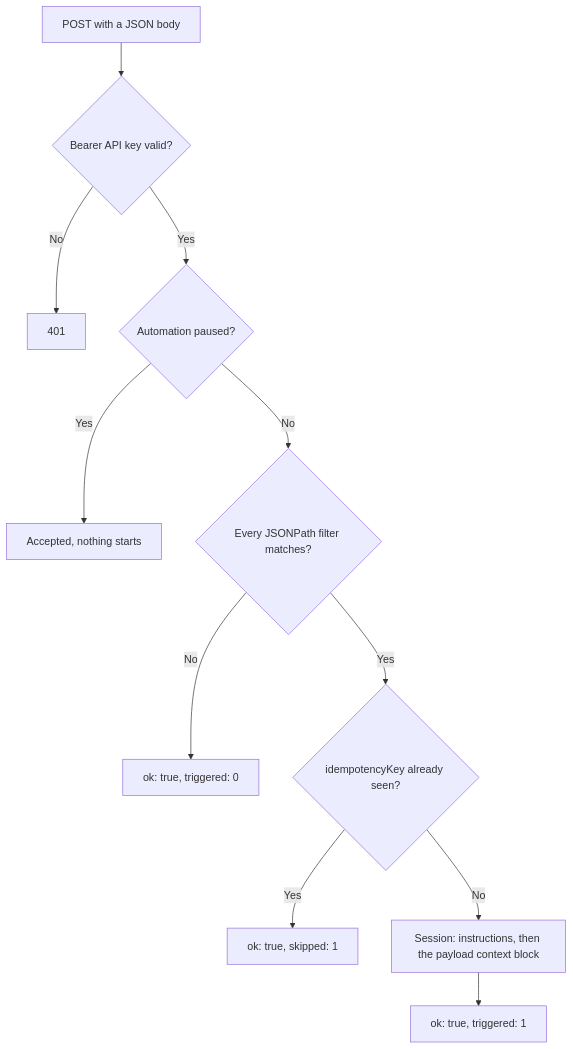
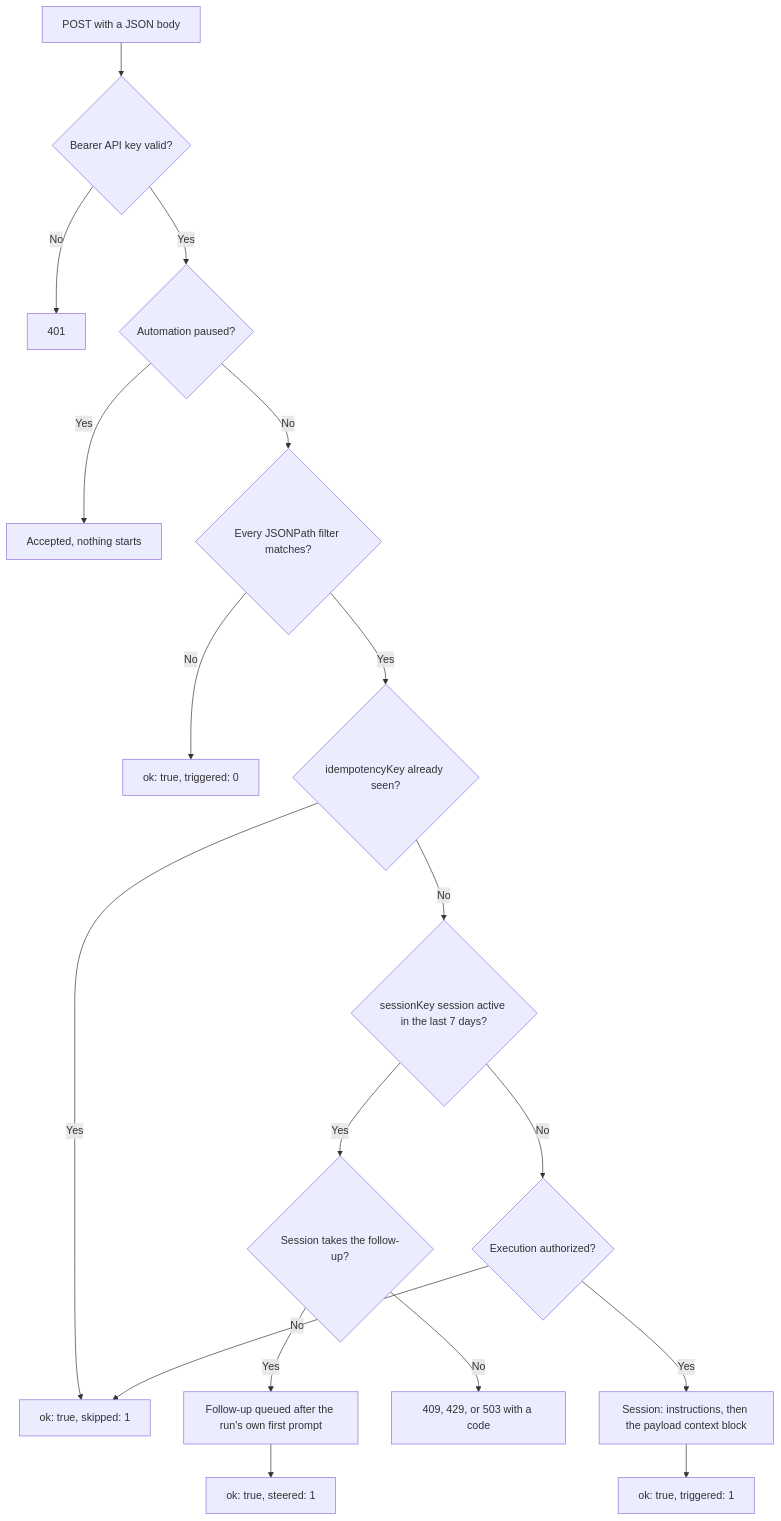
The diagram in packages/docs/content/docs/automations/inbound-webhooks.mdx (LarsBuur/background-agents), drawn with Mermaid before and after one commit. The commit also changed other lines of this file and 1965 other files, not shown here.

````diff
--- a/packages/docs/content/docs/automations/inbound-webhooks.mdx
+++ b/packages/docs/content/docs/automations/inbound-webhooks.mdx
@@ -29,14 +30,21 @@
 ```mermaid
 flowchart TB
     accTitle: How an inbound webhook request is authenticated, filtered, and turned into a run
     post["POST with a JSON body"] --> auth{"Bearer API key valid?"}
     auth -->|No| unauthorized["401"]
     auth -->|Yes| paused{"Automation paused?"}
     paused -->|Yes| nothing["Accepted, nothing starts"]
     paused -->|No| filters{"Every JSONPath filter matches?"}
     filters -->|No| none["ok: true, triggered: 0"]
     filters -->|Yes| dedupe{"idempotencyKey already seen?"}
     dedupe -->|Yes| skipped["ok: true, skipped: 1"]
-    dedupe -->|No| session["Session: instructions, then the payload context block"]
+    dedupe -->|No| continues{"sessionKey session active in the last 7 days?"}
+    continues -->|Yes| takes{"Session takes the follow-up?"}
+    takes -->|Yes| followup["Follow-up queued after the run's own first prompt"]
+    followup --> steered["ok: true, steered: 1"]
+    takes -->|No| refused["409, 429, or 503 with a code"]
+    continues -->|No| execution{"Execution authorized?"}
+    execution -->|No| skipped
+    execution -->|Yes| session["Session: instructions, then the payload context block"]
     session --> triggered["ok: true, triggered: 1"]
 ```
````
